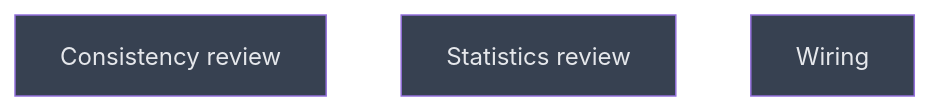
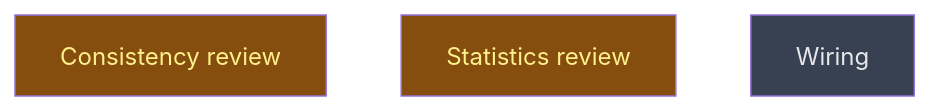
The diagram in __roadmap__/designing_tests/review/README.md (CrackingShells/Pinion), drawn with Mermaid before and after one commit. The commit also changed other lines of this file and 1 other file, not shown here.

Commit message:
docs(roadmap): close the first level of the designing-tests campaign
All five content leaves are merged; the two review leaves start.

````diff
--- a/__roadmap__/designing_tests/review/README.md
+++ b/__roadmap__/designing_tests/review/README.md
@@ -19,11 +19,11 @@
 ```mermaid
 graph TD
-    consistency_review[Consistency review]:::planned
-    statistics_review[Statistics review]:::planned
+    consistency_review[Consistency review]:::inprogress
+    statistics_review[Statistics review]:::inprogress
     wiring[Wiring]:::planned
     classDef done       fill:#166534,color:#bbf7d0
     classDef inprogress fill:#854d0e,color:#fef08a
     classDef planned    fill:#374151,color:#e5e7eb
     classDef amendment  fill:#1e3a5f,color:#bfdbfe
     classDef blocked    fill:#7f1d1d,color:#fecaca
 ```
````
